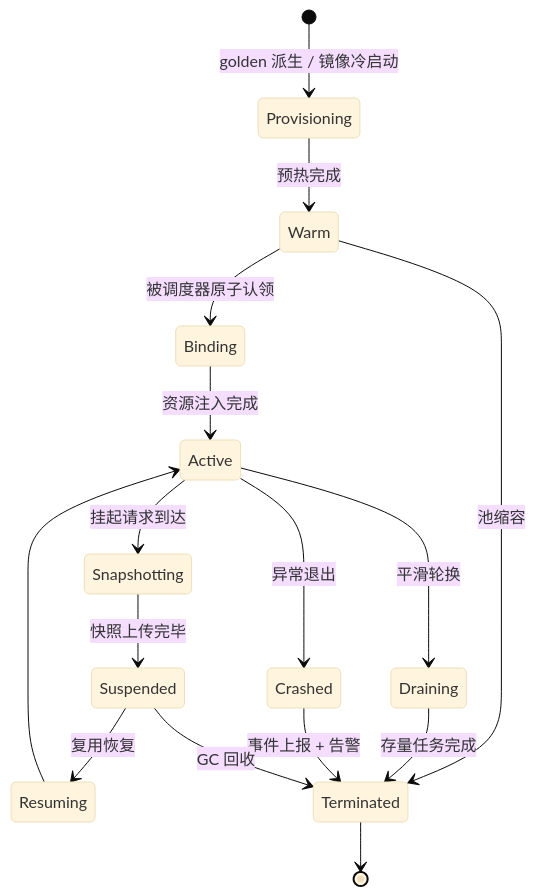
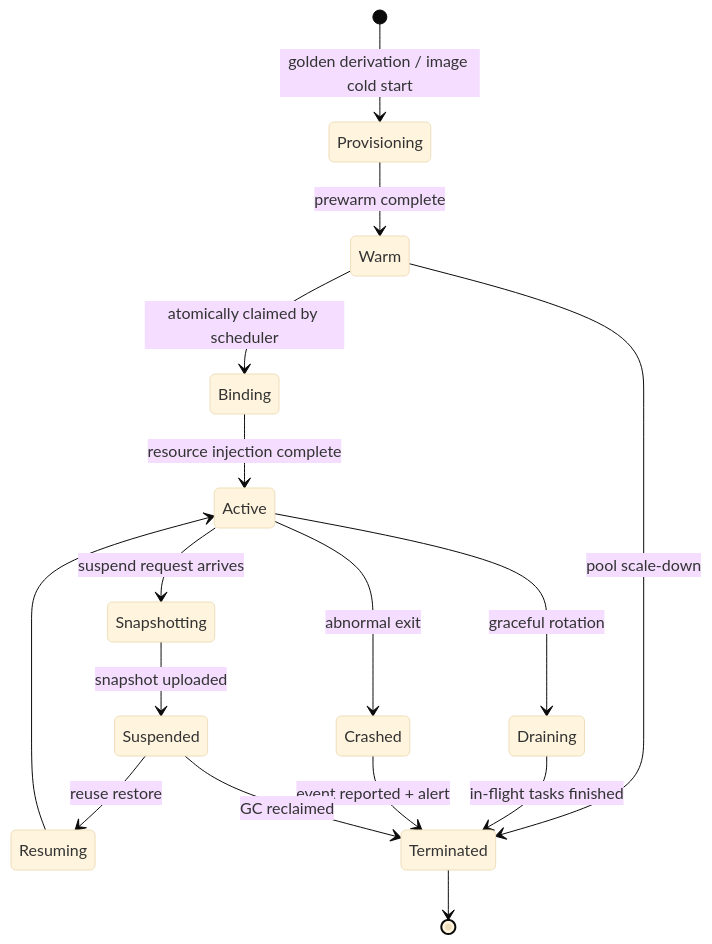
One commit to Woody-Hu/whirlwind changed the fourth of 4 diagrams in agent-runtime-architecture.md. Above: the diagram before and after it, drawn with Mermaid (base theme). The commit also changed other lines of this file and 4 other files, not shown here.

````diff
--- a/agent-runtime-architecture.md
+++ b/agent-runtime-architecture.md
@@ -569,18 +473,18 @@
 ```mermaid
 stateDiagram-v2
-  [*] --> Provisioning: golden 派生 / 镜像冷启动
-  Provisioning --> Warm: 预热完成
-  Warm --> Binding: 被调度器原子认领
-  Binding --> Active: 资源注入完成
-  Active --> Snapshotting: 挂起请求到达
-  Snapshotting --> Suspended: 快照上传完毕
-  Suspended --> Resuming: 复用恢复
+  [*] --> Provisioning: golden derivation / image cold start
+  Provisioning --> Warm: prewarm complete
+  Warm --> Binding: atomically claimed by scheduler
+  Binding --> Active: resource injection complete
+  Active --> Snapshotting: suspend request arrives
+  Snapshotting --> Suspended: snapshot uploaded
+  Suspended --> Resuming: reuse restore
   Resuming --> Active
-  Active --> Draining: 平滑轮换
-  Warm --> Terminated: 池缩容
-  Draining --> Terminated: 存量任务完成
-  Active --> Crashed: 异常退出
-  Crashed --> Terminated: 事件上报 + 告警
-  Suspended --> Terminated: GC 回收
+  Active --> Draining: graceful rotation
+  Warm --> Terminated: pool scale-down
+  Draining --> Terminated: in-flight tasks finished
+  Active --> Crashed: abnormal exit
+  Crashed --> Terminated: event reported + alert
+  Suspended --> Terminated: GC reclaimed
   Terminated --> [*]
 ```
````
